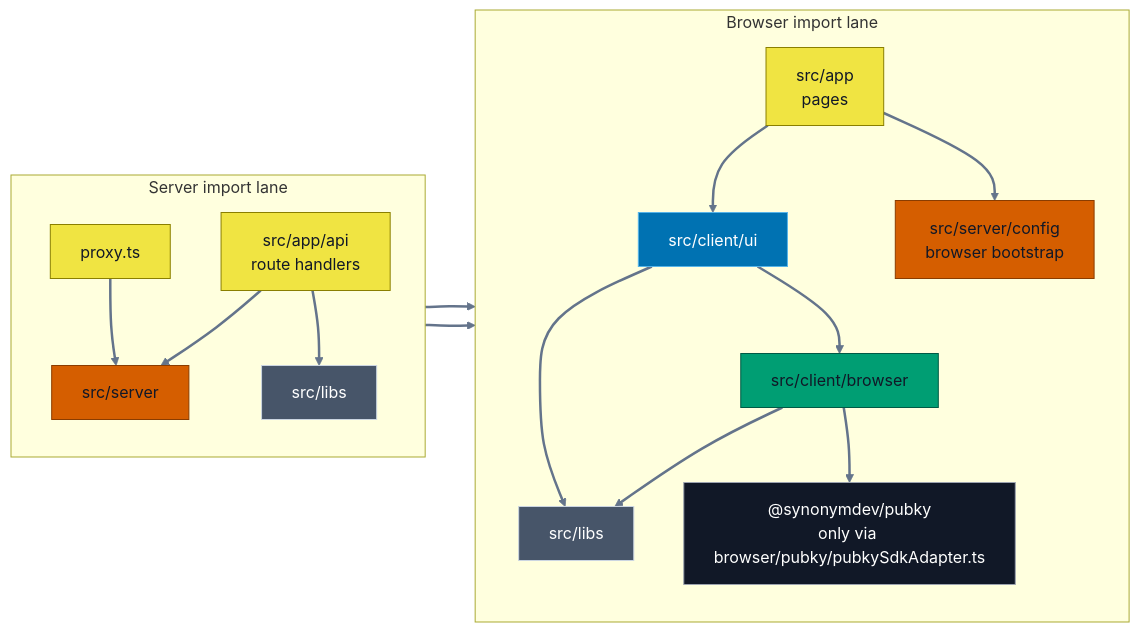
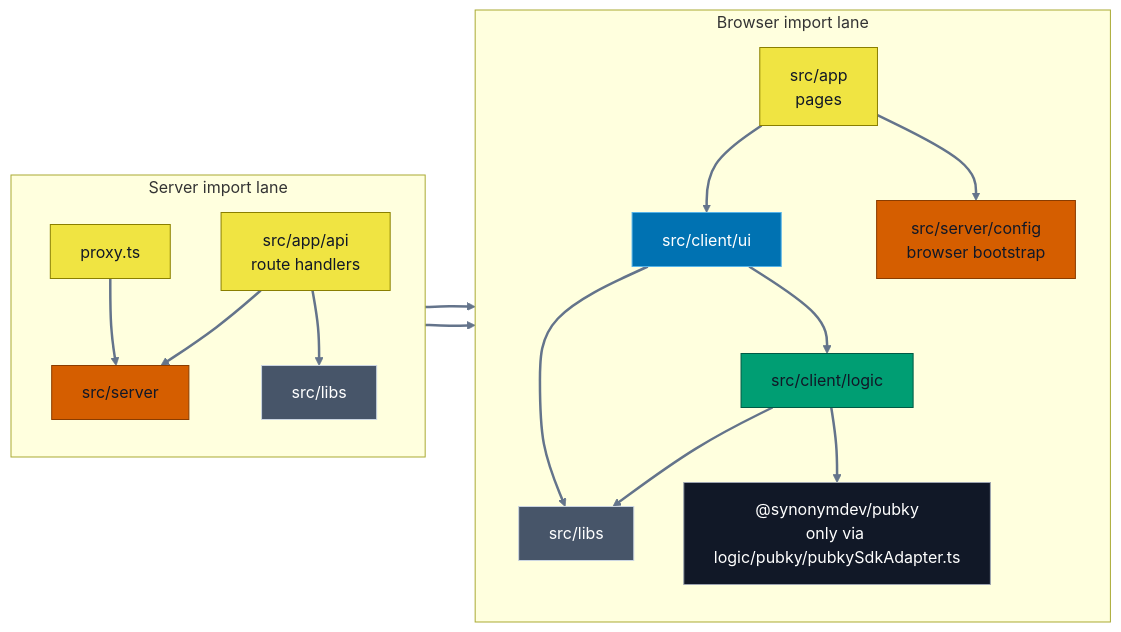
One commit to pubky/pubky-passport changed the second of 14 diagrams in FLOWS.md. Above: the diagram before and after it, drawn with Mermaid. The commit also changed other lines of this file and 51 other files, not shown here.

````diff
--- a/FLOWS.md
+++ b/FLOWS.md
@@ -40,30 +40,30 @@
 ```mermaid
 flowchart LR
     accTitle: Current production import boundaries
     accDescr: Direct imports from app pages and route handlers into UI, browser, server, libraries, and the Pubky SDK adapter.
     subgraph browserLane[Browser import lane]
         direction TB
-        pages["src/app<br/>pages"]:::transport --> ui["src/client/ui"]:::ui --> browser["src/client/browser"]:::browser
+        pages["src/app<br/>pages"]:::transport --> ui["src/client/ui"]:::ui --> browser["src/client/logic"]:::browser
         pages --> bootstrap["src/server/config<br/>browser bootstrap"]:::server
         ui --> browserLibs["src/libs"]:::libs
         browser --> browserLibs
-        browser --> sdk["@synonymdev/pubky<br/>only via browser/pubky/pubkySdkAdapter.ts"]:::external
+        browser --> sdk["@synonymdev/pubky<br/>only via logic/pubky/pubkySdkAdapter.ts"]:::external
     end
 
     subgraph serverLane[Server import lane]
         direction TB
         routes["src/app/api<br/>route handlers"]:::transport --> server["src/server"]:::server
         proxy["proxy.ts"]:::transport --> server
         proxy --> bootstrap
         server --> bootstrap
         routes --> serverLibs["src/libs"]:::libs
     end
 
     classDef transport fill:#F0E442,stroke:#8A7F00,color:#111827;
     classDef ui fill:#0072B2,stroke:#56B4E9,color:#fff;
     classDef browser fill:#009E73,stroke:#005A45,color:#111827;
     classDef server fill:#D55E00,stroke:#8A3C00,color:#111827;
     classDef libs fill:#475569,stroke:#cbd5e1,color:#fff;
     classDef external fill:#111827,stroke:#9ca3af,color:#fff;
     linkStyle default stroke:#64748B,stroke-width:2.5px;
 ```
````
